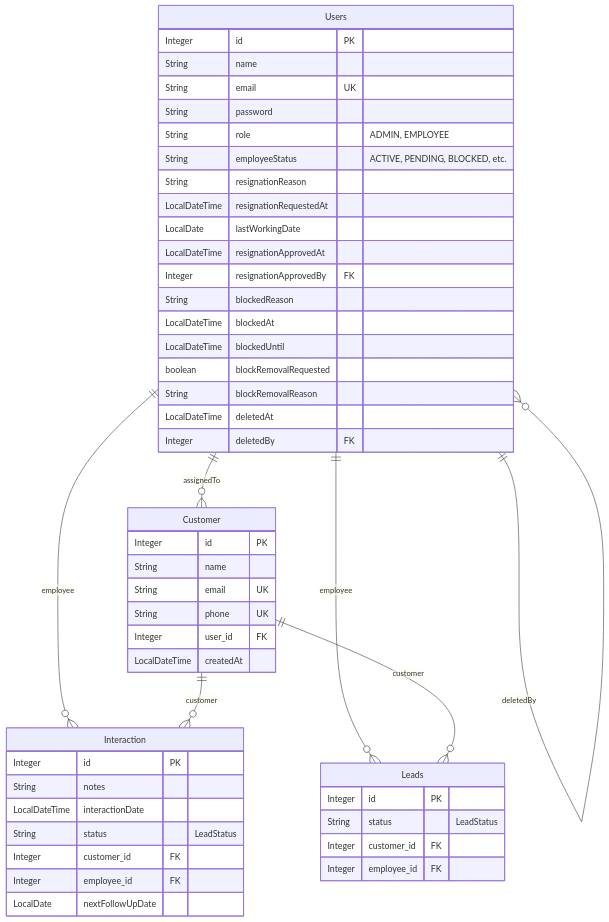
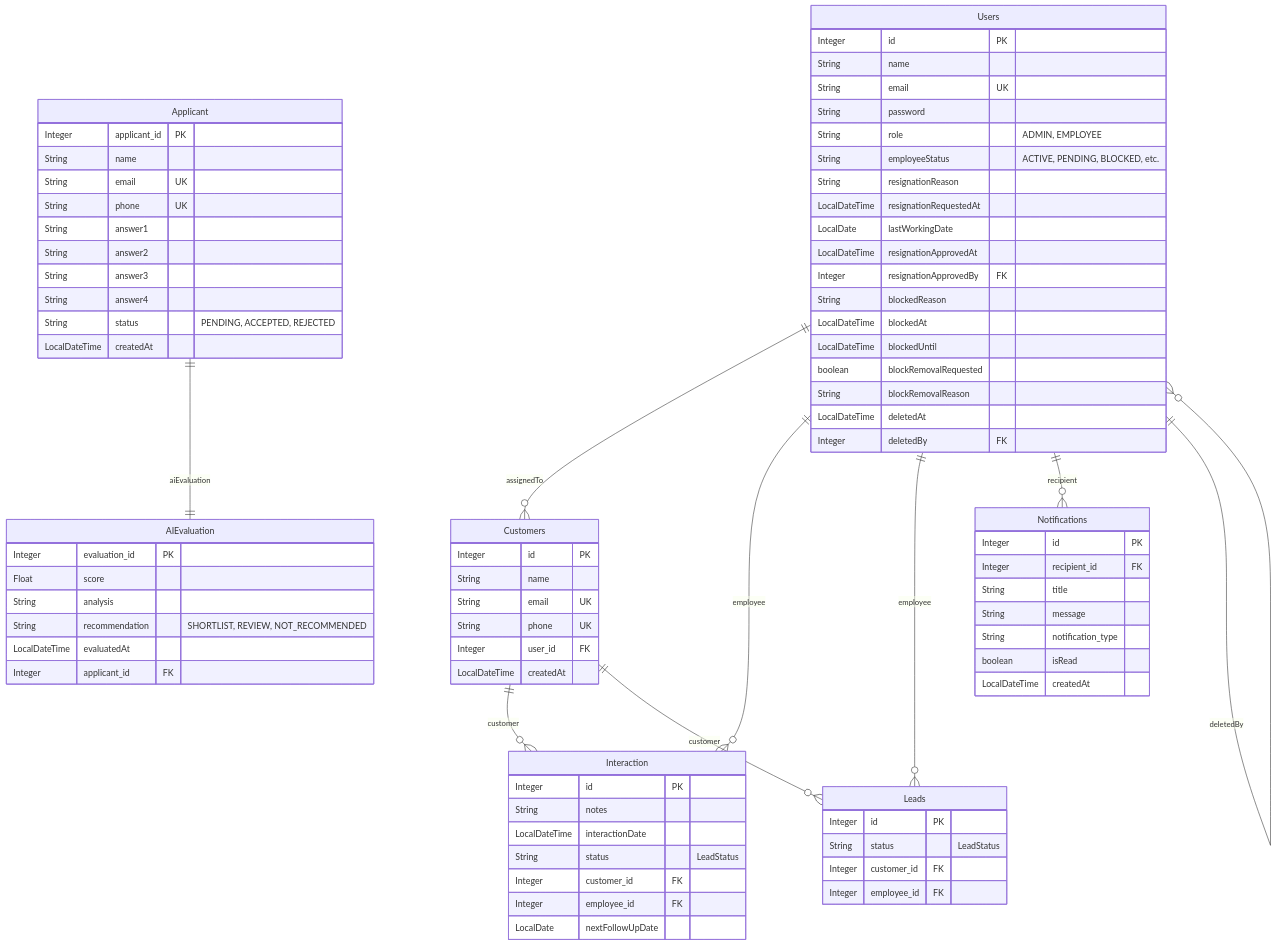
The second of 2 diagrams in README.md (ivanshu111/CustomerRelationshipManagement_CRM), drawn with Mermaid before and after one commit. The commit also changed other lines of this file and 2 other files, not shown here.

````diff
--- a/README.md
+++ b/README.md
@@ -144,7 +157,7 @@
         LocalDateTime deletedAt
         Integer deletedBy FK
     }
-    Customer {
+    Customers {
         Integer id PK
         String name
         String email UK
@@ -167,12 +180,43 @@
         Integer customer_id FK
         Integer employee_id FK
     }
+    Notifications {
+        Integer id PK
+        Integer recipient_id FK
+        String title
+        String message
+        String notification_type
+        boolean isRead
+        LocalDateTime createdAt
+    }
+    Applicant {
+        Integer applicant_id PK
+        String name
+        String email UK
+        String phone UK
+        String answer1
+        String answer2
+        String answer3
+        String answer4
+        String status "PENDING, ACCEPTED, REJECTED"
+        LocalDateTime createdAt
+    }
+    AIEvaluation {
+        Integer evaluation_id PK
+        Float score
+        String analysis
+        String recommendation "SHORTLIST, REVIEW, NOT_RECOMMENDED"
+        LocalDateTime evaluatedAt
+        Integer applicant_id FK
+    }
 
-    Users ||--o{ Customer : "assignedTo"
+    Users ||--o{ Customers : "assignedTo"
     Users ||--o{ Interaction : "employee"
     Users ||--o{ Leads : "employee"
-    Customer ||--o{ Interaction : "customer"
-    Customer ||--o{ Leads : "customer"
+    Users ||--o{ Notifications : "recipient"
+    Customers ||--o{ Interaction : "customer"
+    Customers ||--o{ Leads : "customer"
     Users ||--o{ Users : "resignationApprovedBy"
     Users ||--o{ Users : "deletedBy"
+    Applicant ||--|| AIEvaluation : "aiEvaluation"
 ```
````
